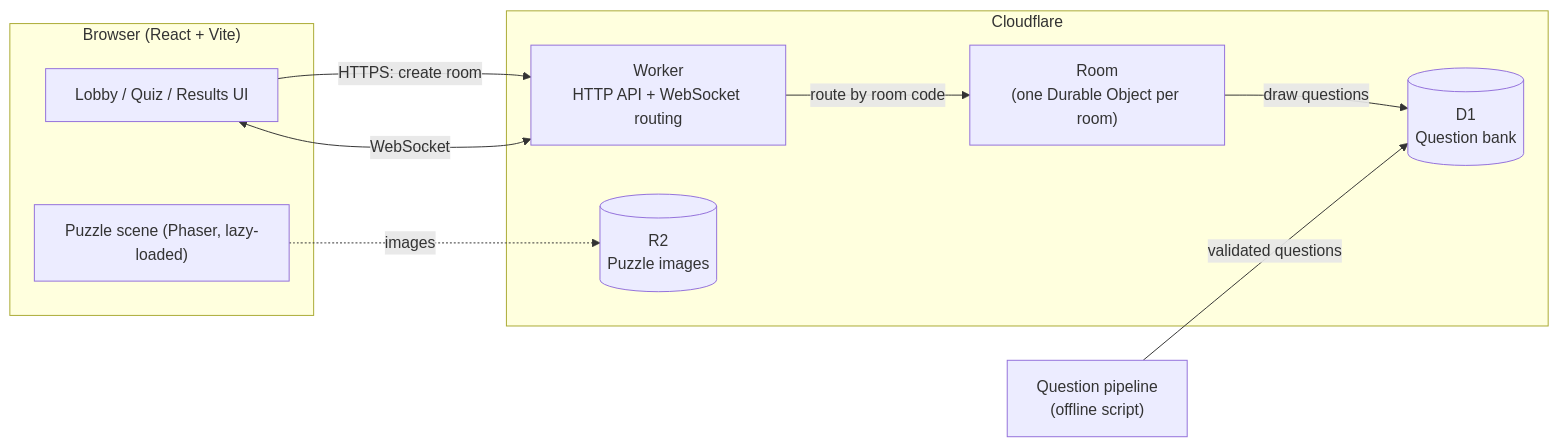
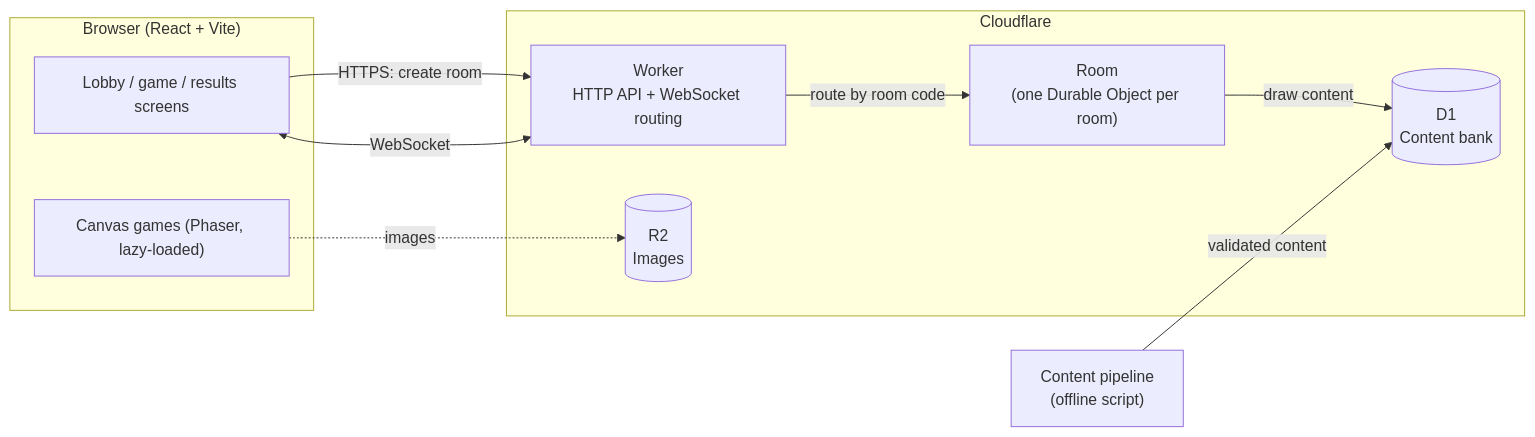
Before and after one commit to aristhegf/whizard: the first of 2 diagrams in docs/ARCHITECTURE.md, drawn with Mermaid. The commit also changed other lines of this file and 2 other files, not shown here.

First line of the commit message:
Document the game catalog and game module design

````diff
--- a/docs/ARCHITECTURE.md
+++ b/docs/ARCHITECTURE.md
@@ -24,23 +26,23 @@
 ```mermaid
 flowchart LR
     subgraph Client["Browser (React + Vite)"]
-        UI[Lobby / Quiz / Results UI]
-        PZ["Puzzle scene (Phaser, lazy-loaded)"]
+        UI[Lobby / game / results screens]
+        CV["Canvas games (Phaser, lazy-loaded)"]
     end
 
     subgraph Edge["Cloudflare"]
         W["Worker<br/>HTTP API + WebSocket routing"]
         DO["Room<br/>(one Durable Object per room)"]
-        D1[("D1<br/>Question bank")]
-        R2[("R2<br/>Puzzle images")]
+        D1[("D1<br/>Content bank")]
+        R2[("R2<br/>Images")]
     end
 
-    GEN["Question pipeline<br/>(offline script)"]
+    GEN["Content pipeline<br/>(offline script)"]
 
     UI -- "HTTPS: create room" --> W
     UI <-- "WebSocket" --> W
     W -- "route by room code" --> DO
-    DO -- "draw questions" --> D1
-    PZ -. "images" .-> R2
-    GEN -- "validated questions" --> D1
+    DO -- "draw content" --> D1
+    CV -. "images" .-> R2
+    GEN -- "validated content" --> D1
 ```
````
